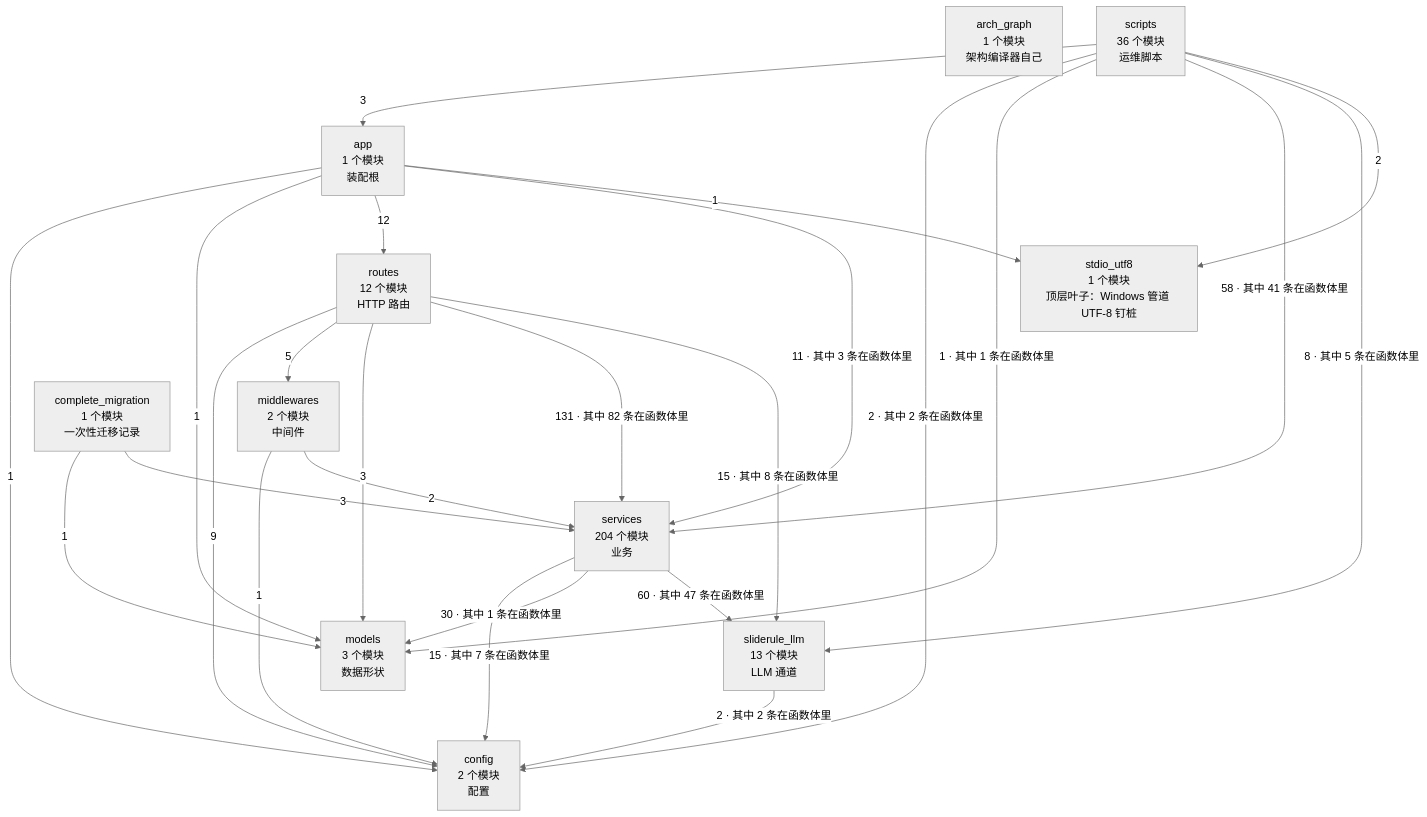
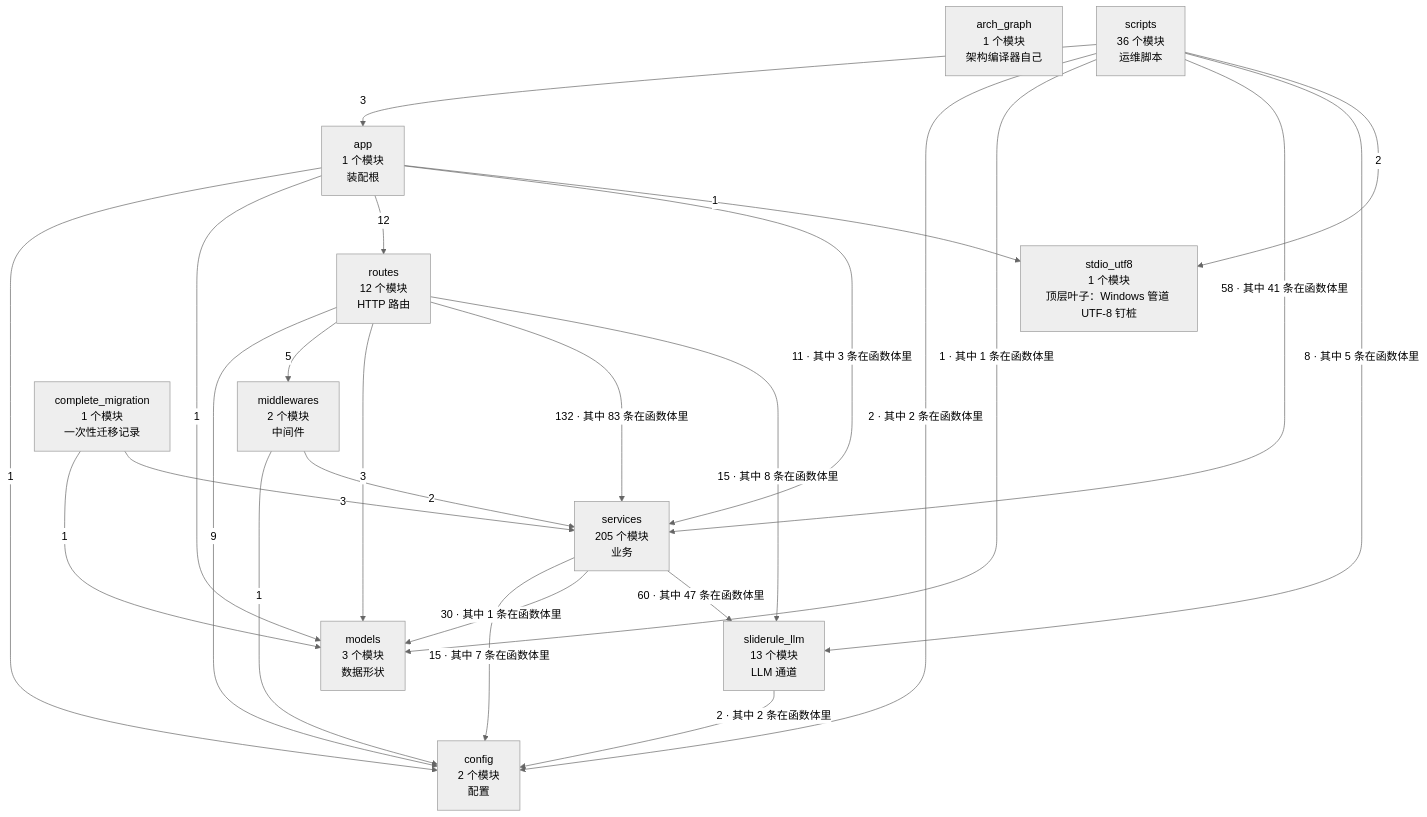
Before and after one commit to 2686521696/WhyBuddy: the first of 2 diagrams in docs/SlideRule V6.2 架构图（自动生成）.md, drawn with Mermaid (neutral theme). The commit also changed other lines of this file and 14 other files, not shown here.

````diff
--- a/docs/SlideRule V6.2 架构图（自动生成）.md
+++ b/docs/SlideRule V6.2 架构图（自动生成）.md
@@ -36,38 +36,38 @@
 ```mermaid
 flowchart TB
   arch_graph["arch_graph<br/>1 个模块<br/>架构编译器自己"]
   config["config<br/>2 个模块<br/>配置"]
   models["models<br/>3 个模块<br/>数据形状"]
   stdio_utf8["stdio_utf8<br/>1 个模块<br/>顶层叶子：Windows 管道 UTF-8 钉桩"]
   sliderule_llm["sliderule_llm<br/>13 个模块<br/>LLM 通道"]
   middlewares["middlewares<br/>2 个模块<br/>中间件"]
-  services["services<br/>204 个模块<br/>业务"]
+  services["services<br/>205 个模块<br/>业务"]
   routes["routes<br/>12 个模块<br/>HTTP 路由"]
   app["app<br/>1 个模块<br/>装配根"]
   complete_migration["complete_migration<br/>1 个模块<br/>一次性迁移记录"]
   scripts["scripts<br/>36 个模块<br/>运维脚本"]
   app -->|1| config
   app -->|1| models
   app -->|12| routes
   app -->|11 · 其中 3 条在函数体里| services
   app -->|1| stdio_utf8
   complete_migration -->|1| models
   complete_migration -->|3| services
   middlewares -->|1| config
   middlewares -->|2| services
   routes -->|9| config
   routes -->|5| middlewares
   routes -->|3| models
-  routes -->|131 · 其中 82 条在函数体里| services
+  routes -->|132 · 其中 83 条在函数体里| services
   routes -->|15 · 其中 8 条在函数体里| sliderule_llm
   scripts -->|3| app
   scripts -->|2 · 其中 2 条在函数体里| config
   scripts -->|1 · 其中 1 条在函数体里| models
   scripts -->|58 · 其中 41 条在函数体里| services
   scripts -->|8 · 其中 5 条在函数体里| sliderule_llm
   scripts -->|2| stdio_utf8
   services -->|15 · 其中 7 条在函数体里| config
   services -->|30 · 其中 1 条在函数体里| models
   services -->|60 · 其中 47 条在函数体里| sliderule_llm
   sliderule_llm -->|2 · 其中 2 条在函数体里| config
 ```
````
